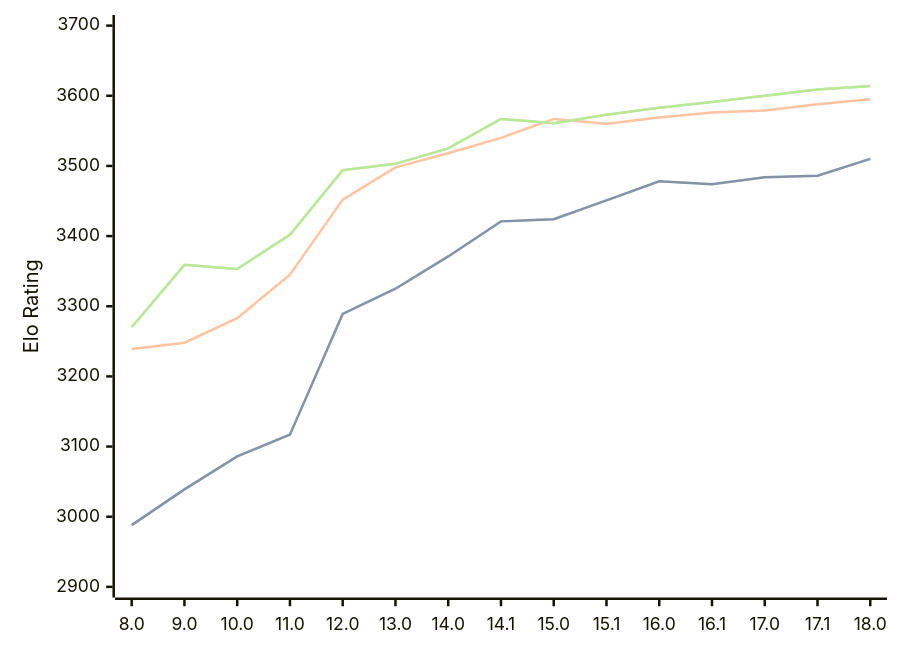
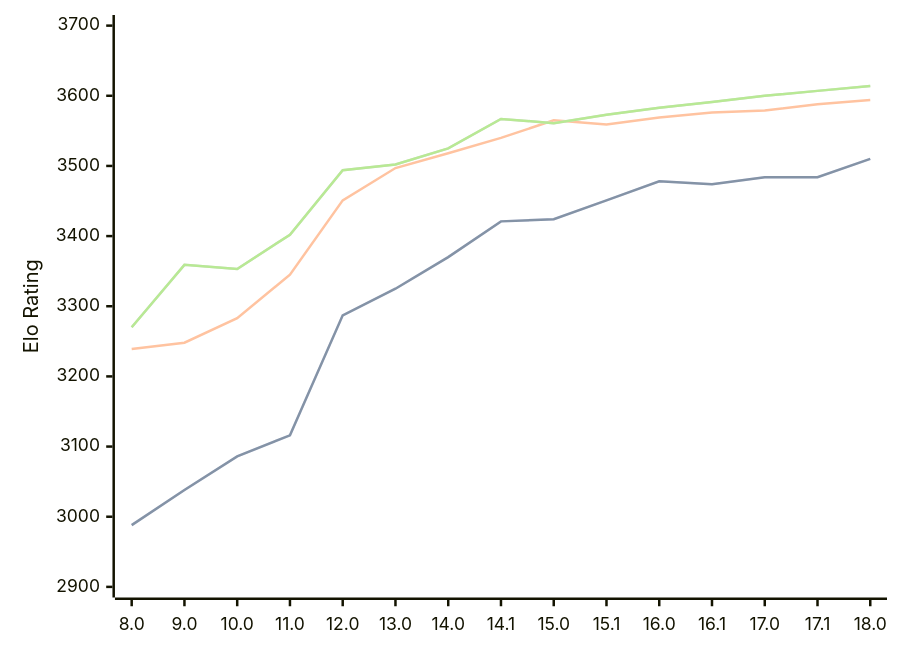
Before and after one commit to computer-chess-index/cci: the diagram in engines/Stockfish.md, drawn with Mermaid. The commit also changed other lines of this file, not shown here.

Commit message:
Update CCI Ratings (ELO VLTC) - 2026-09-03

````diff
--- a/engines/Stockfish.md
+++ b/engines/Stockfish.md
@@ -45,11 +45,11 @@
 ```mermaid
 %%{init: {"theme":"base","themeVariables":{"seriesColors:['#a3a3a3','#222221','#faa371']}}}%%
 xychart-beta
   x-axis ["8.0", "9.0", "10.0", "11.0", "12.0", "13.0", "14.0", "14.1", "15.0", "15.1", "16.0", "16.1", "17.0", "17.1", "18.0"]
   y-axis "Elo Rating" 2900 --> 3700
-  line "" [2988, 3039, 3086, 3117, 3289, 3325, 3371, 3421, 3424, 3451, 3478, 3474, 3484, 3486, 3510]
-  line "STC (8.0+0.08s)" [2988, 3039, 3086, 3117, 3289, 3325, 3371, 3421, 3424, 3451, 3478, 3474, 3484, 3486, 3510]
-  line "LTC (60.0+0.60s)" [3239, 3248, 3283, 3345, 3452, 3498, 3518, 3540, 3567, 3560, 3569, 3576, 3579, 3588, 3595]
-  line "" [3270, 3359, 3353, 3402, 3494, 3503, 3525, 3567, 3561, 3573, 3583, 3591, 3600, 3609, 3614]
-  line "VLTC (2m24s+1.12s)" [3270, 3359, 3353, 3402, 3494, 3503, 3525, 3567, 3561, 3573, 3583, 3591, 3600, 3609, 3614]
+  line "" [2988, 3038, 3086, 3116, 3287, 3325, 3370, 3421, 3424, 3451, 3478, 3474, 3484, 3484, 3510]
+  line "STC (8.0+0.08s)" [2988, 3038, 3086, 3116, 3287, 3325, 3370, 3421, 3424, 3451, 3478, 3474, 3484, 3484, 3510]
+  line "LTC (60.0+0.60s)" [3239, 3248, 3283, 3345, 3451, 3497, 3518, 3540, 3565, 3559, 3569, 3576, 3579, 3588, 3594]
+  line "" [3270, 3359, 3353, 3402, 3494, 3502, 3525, 3567, 3561, 3573, 3583, 3591, 3600, 3607, 3614]
+  line "VLTC (2m24s+1.12s)" [3270, 3359, 3353, 3402, 3494, 3502, 3525, 3567, 3561, 3573, 3583, 3591, 3600, 3607, 3614]
 ```
````
